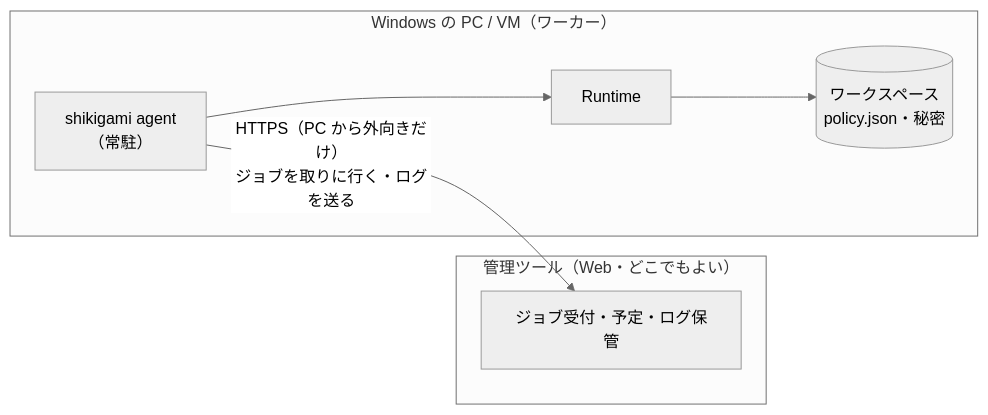
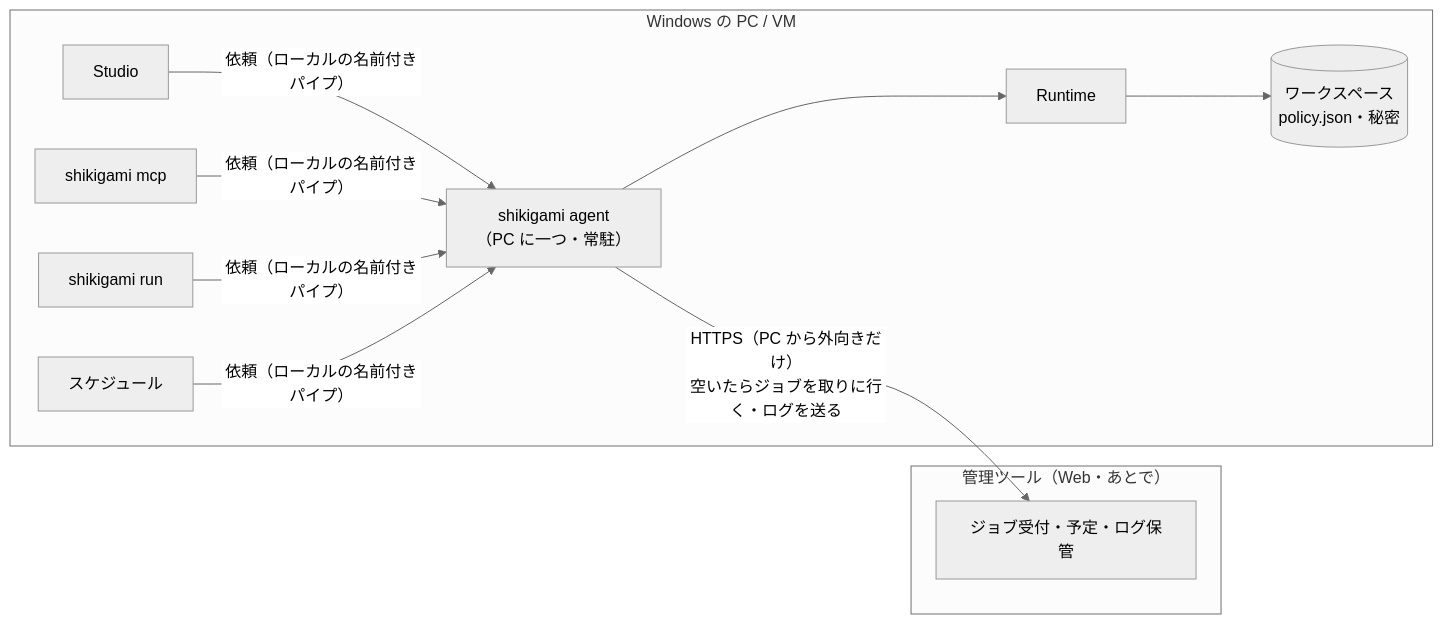
One commit to d-shiina/shikigami changed the diagram in docs/design/remote-runs.md. Above: the diagram before and after it, drawn with Mermaid (neutral theme). The commit also changed other lines of this file, not shown here.

Commit message:
docs: make a per-PC agent own execution in the remote runs memo

````diff
--- a/docs/design/remote-runs.md
+++ b/docs/design/remote-runs.md
@@ -39,14 +41,19 @@
 ```mermaid
 flowchart LR
-  subgraph cloud[管理ツール（Web・どこでもよい）]
+  subgraph cloud[管理ツール（Web・あとで）]
     API[ジョブ受付・予定・ログ保管]
   end
-  subgraph pc[Windows の PC / VM（ワーカー）]
-    AG["shikigami agent<br/>（常駐）"]
+  subgraph pc[Windows の PC / VM]
+    ST[Studio]
+    MCP[shikigami mcp]
+    CLI[shikigami run]
+    SCH[スケジュール]
+    AG["shikigami agent<br/>（PC に一つ・常駐）"]
     RT[Runtime]
     WS[(ワークスペース<br/>policy.json・秘密)]
   end
-  AG -- "HTTPS（PC から外向きだけ）<br/>ジョブを取りに行く・ログを送る" --> API
+  ST & MCP & CLI & SCH -- "依頼（ローカルの名前付きパイプ）" --> AG
+  AG -- "HTTPS（PC から外向きだけ）<br/>空いたらジョブを取りに行く・ログを送る" --> API
   AG --> RT
   RT --> WS
 ```
````
